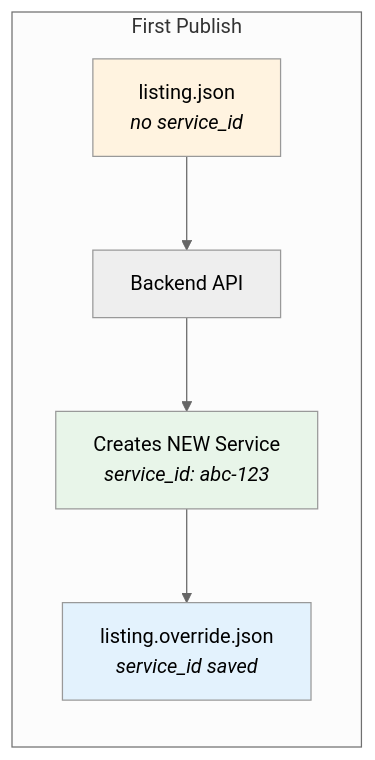
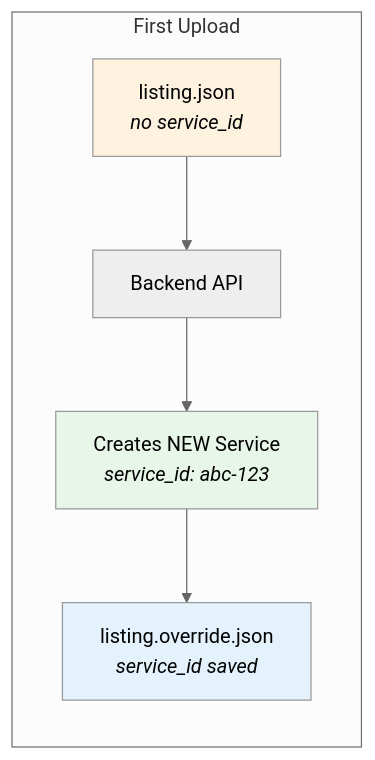
One commit to unitysvc/unitysvc-services changed the third of 4 diagrams in docs/data-structure.md. Above: the diagram before and after it, drawn with Mermaid (neutral theme). The commit also changed other lines of this file and 19 other files, not shown here.

````diff
--- a/docs/data-structure.md
+++ b/docs/data-structure.md
@@ -102,12 +104,12 @@
 ```mermaid
 flowchart LR
-    subgraph First["First Publish"]
+    subgraph First["First Upload"]
         L1["listing.json<br/><i>no service_id</i>"] --> API1[Backend API]
         API1 --> S1["Creates NEW Service<br/><i>service_id: abc-123</i>"]
         S1 --> O1["listing.override.json<br/><i>service_id saved</i>"]
     end
 
     style L1 fill:#fff3e0
     style S1 fill:#e8f5e9
     style O1 fill:#e3f2fd
 ```
````
